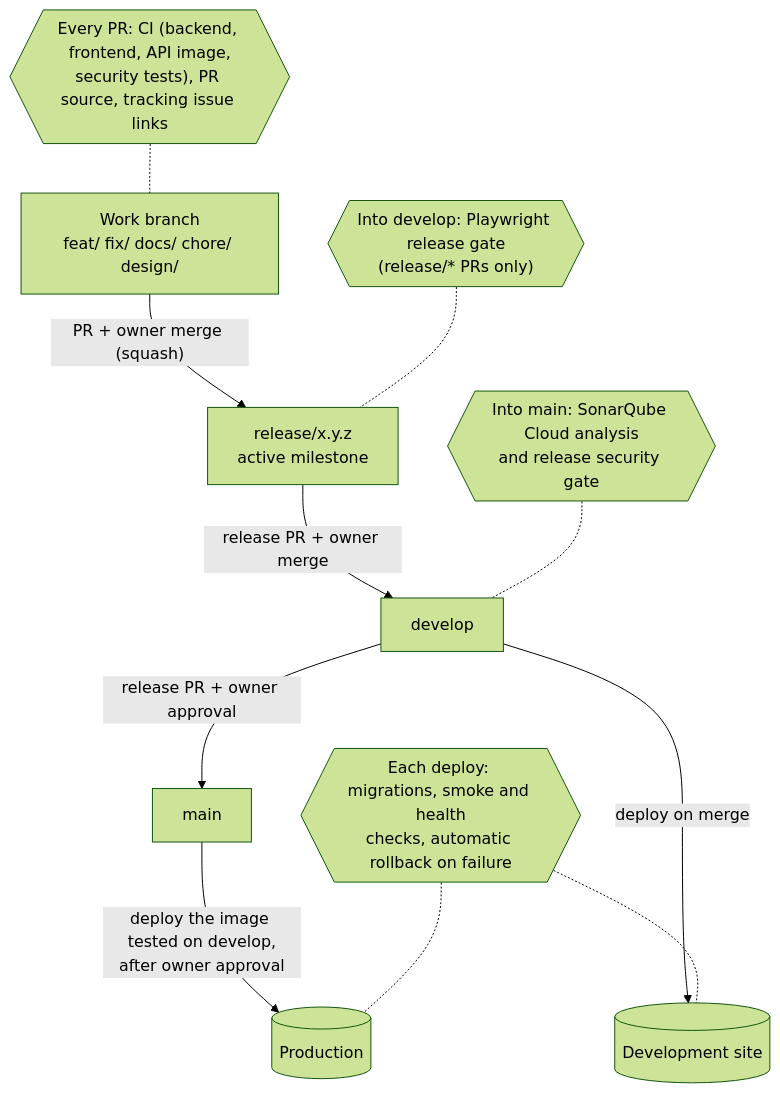
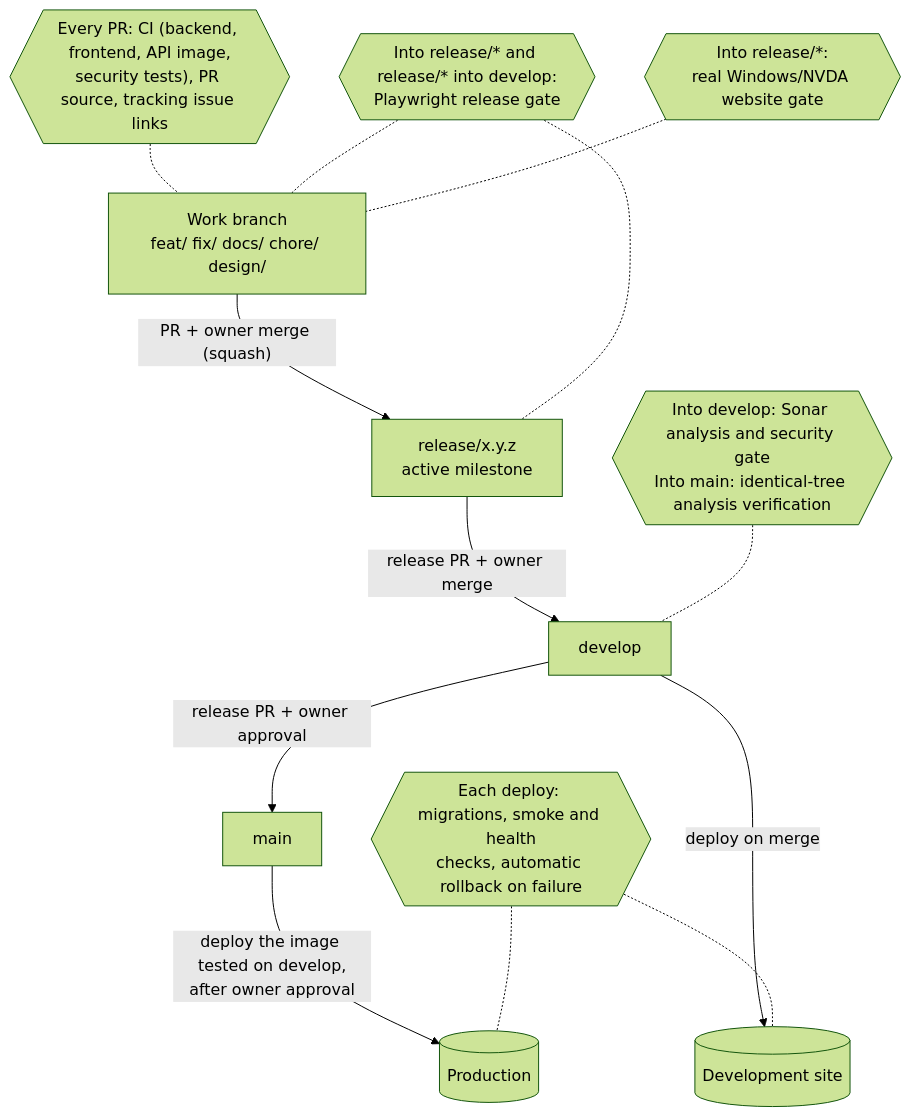
Before and after one commit to esaldivar/parenthesis: the second of 2 diagrams in docs/architecture.md, drawn with Mermaid (forest theme). The commit also changed other lines of this file and 2 other files, not shown here.

````diff
--- a/docs/architecture.md
+++ b/docs/architecture.md
@@ -51,26 +51,29 @@
 ```mermaid
 flowchart TB
   WB[Work branch<br/>feat/ fix/ docs/ chore/ design/]
   REL[release/x.y.z<br/>active milestone]
   DEV[develop]
   MAIN[main]
   DEVSITE[(Development site)]
   PROD[(Production)]
 
   WB -- "PR + owner merge (squash)" --> REL
   REL -- "release PR + owner merge" --> DEV
   DEV -- "release PR + owner approval" --> MAIN
   DEV -- "deploy on merge" --> DEVSITE
   MAIN -- "deploy the image tested on develop,<br/>after owner approval" --> PROD
 
   G1{{"Every PR: CI (backend, frontend, API image,<br/>security tests), PR source, tracking issue links"}}
-  G2{{"Into develop: Playwright release gate<br/>(release/* PRs only)"}}
-  G3{{"Into main: SonarQube Cloud analysis<br/>and release security gate"}}
+  G2{{"Into release/* and release/* into develop:<br/>Playwright release gate"}}
+  G3{{"Into develop: Sonar analysis and security gate<br/>Into main: identical-tree analysis verification"}}
   G4{{"Each deploy: migrations, smoke and health<br/>checks, automatic rollback on failure"}}
+  G5{{"Into release/*:<br/>real Windows/NVDA website gate"}}
 
   G1 -.- WB
   G2 -.- REL
+  G2 -.- WB
   G3 -.- DEV
+  G5 -.- WB
   G4 -.- DEVSITE
   G4 -.- PROD
 ```
````
